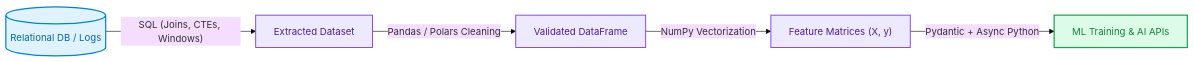
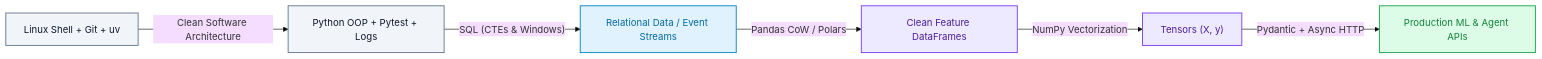
Before and after one commit to FirdowsRahaman/agentic-ai-and-ml-roadmap: the diagram in curriculum/01-foundations/01_python_sql_and_data_stack.md, drawn with Mermaid (base theme). The commit also changed other lines of this file and 37 other files, not shown here.

````diff
--- a/curriculum/01-foundations/01_python_sql_and_data_stack.md
+++ b/curriculum/01-foundations/01_python_sql_and_data_stack.md
@@ -30,15 +34,18 @@
 ```mermaid
 flowchart LR
-    DB[("Relational DB / Logs")] -->|"SQL (Joins, CTEs, Windows)"| RAW["Extracted Dataset"]
-    RAW -->|"Pandas / Polars Cleaning"| CLEAN["Validated DataFrame"]
-    CLEAN -->|"NumPy Vectorization"| TENSOR["Feature Matrices (X, y)"]
-    TENSOR -->|"Pydantic + Async Python"| PROD["ML Training & AI APIs"]
+    DEV["Linux Shell + Git + uv"] -->|"Clean Software Architecture"| CODE["Python OOP + Pytest + Logs"]
+    CODE -->|"SQL (CTEs & Windows)"| RAW["Relational Data / Event Streams"]
+    RAW -->|"Pandas CoW / Polars"| CLEAN["Clean Feature DataFrames"]
+    CLEAN -->|"NumPy Vectorization"| MAT["Tensors (X, y)"]
+    MAT -->|"Pydantic + Async HTTP"| API["Production ML & Agent APIs"]
 
-    classDef store fill:#E0F2FE,stroke:#0284C7,stroke-width:2px,color:#0369A1;
+    classDef dev fill:#F1F5F9,stroke:#64748B,stroke-width:1.5px,color:#0F172A;
+    classDef store fill:#E0F2FE,stroke:#0284C7,stroke-width:1.5px,color:#0369A1;
     classDef proc fill:#EDE9FE,stroke:#7C3AED,stroke-width:1.5px,color:#4C1D95;
-    classDef out fill:#DCFCE7,stroke:#16A34A,stroke-width:2px,color:#15803D;
+    classDef out fill:#DCFCE7,stroke:#16A34A,stroke-width:1.5px,color:#15803D;
 
-    class DB store;
-    class RAW,CLEAN,TENSOR proc;
-    class PROD out;
+    class DEV,CODE dev;
+    class RAW store;
+    class CLEAN,MAT proc;
+    class API out;
 ```
````
